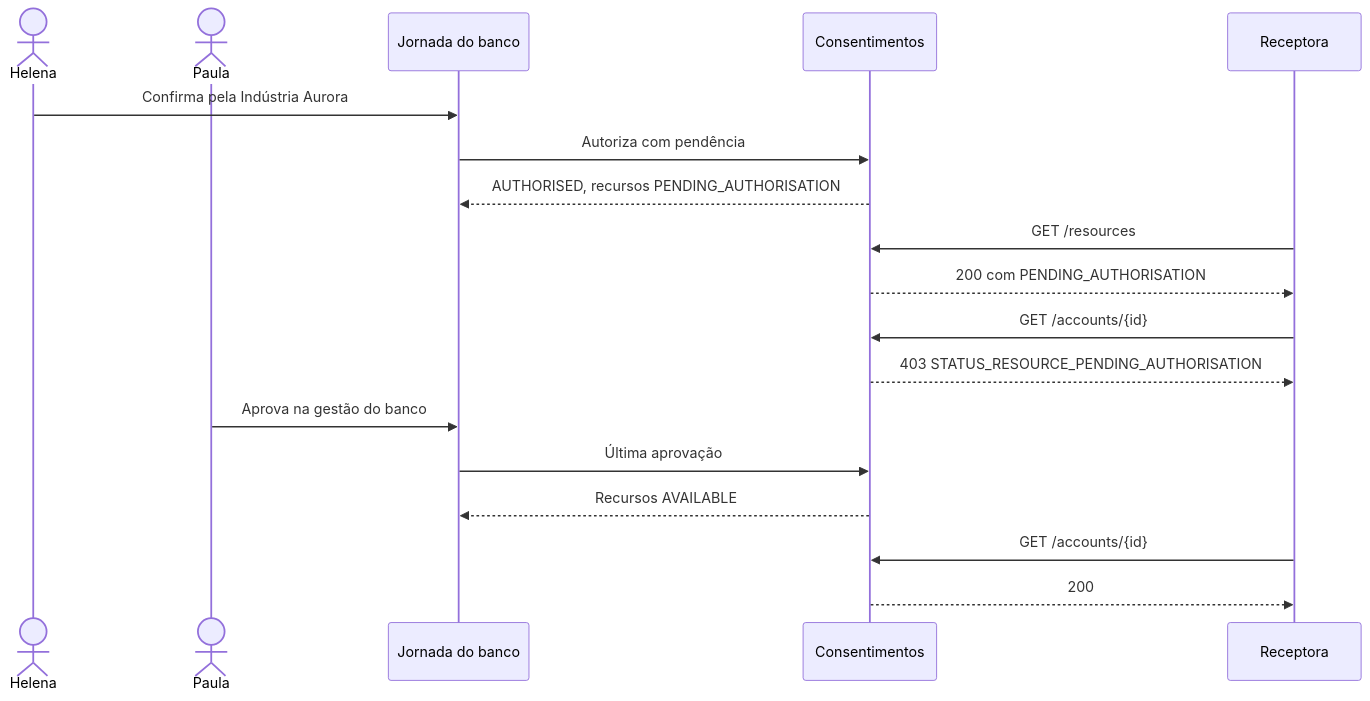
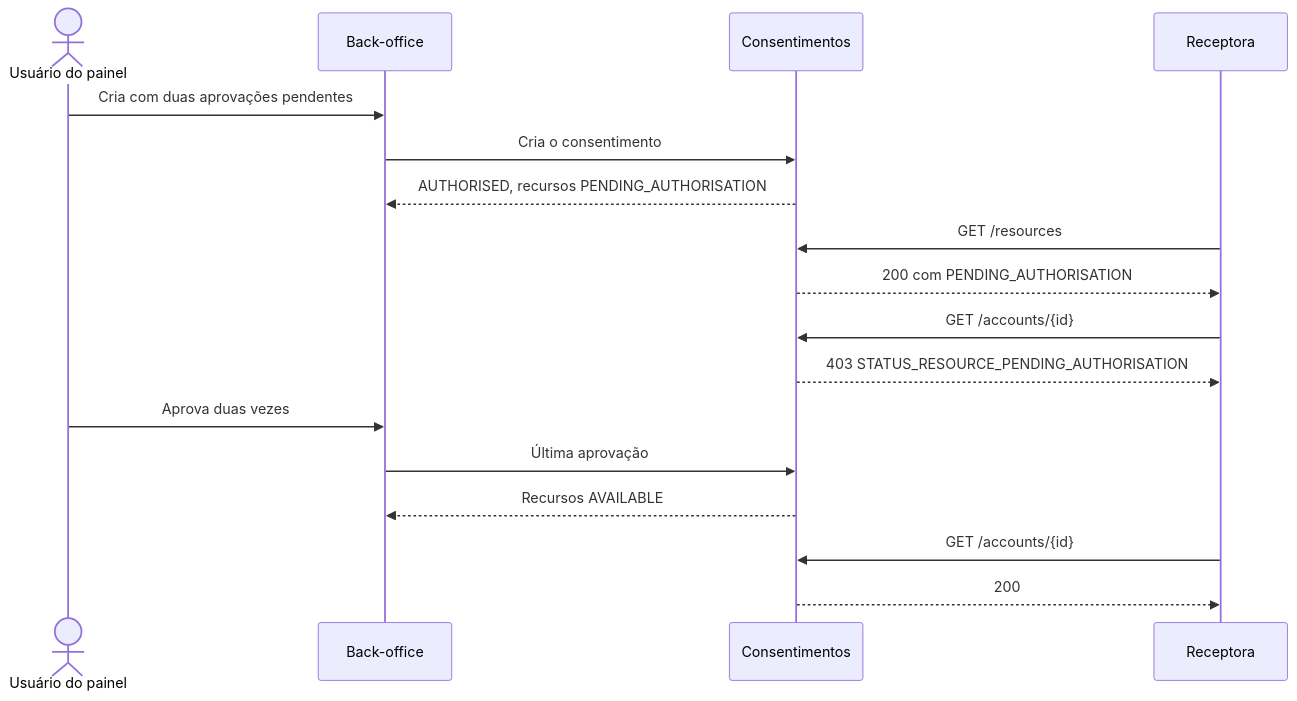
Before and after one commit to marcelosotto/open-finance-simulator: the diagram in docs/03-design/sequencia/04-multiplas-alcadas.md, drawn with Mermaid. The commit also changed 30 other files, not shown here.

First line of the commit message:
Troca a jornada por criação de consentimento no painel

````diff
--- a/docs/03-design/sequencia/04-multiplas-alcadas.md
+++ b/docs/03-design/sequencia/04-multiplas-alcadas.md
@@ -3,21 +3,20 @@
 ```mermaid
 sequenceDiagram
-  actor H as Helena
-  actor P as Paula
-  participant J as Jornada do banco
+  actor U as Usuário do painel
+  participant B as Back-office
   participant S as Consentimentos
   participant R as Receptora
 
-  H->>J: Confirma pela Indústria Aurora
-  J->>S: Autoriza com pendência
-  S-->>J: AUTHORISED, recursos PENDING_AUTHORISATION
+  U->>B: Cria com duas aprovações pendentes
+  B->>S: Cria o consentimento
+  S-->>B: AUTHORISED, recursos PENDING_AUTHORISATION
   R->>S: GET /resources
   S-->>R: 200 com PENDING_AUTHORISATION
   R->>S: GET /accounts/{id}
   S-->>R: 403 STATUS_RESOURCE_PENDING_AUTHORISATION
-  P->>J: Aprova na gestão do banco
-  J->>S: Última aprovação
-  S-->>J: Recursos AVAILABLE
+  U->>B: Aprova duas vezes
+  B->>S: Última aprovação
+  S-->>B: Recursos AVAILABLE
   R->>S: GET /accounts/{id}
   S-->>R: 200
 ```
````
